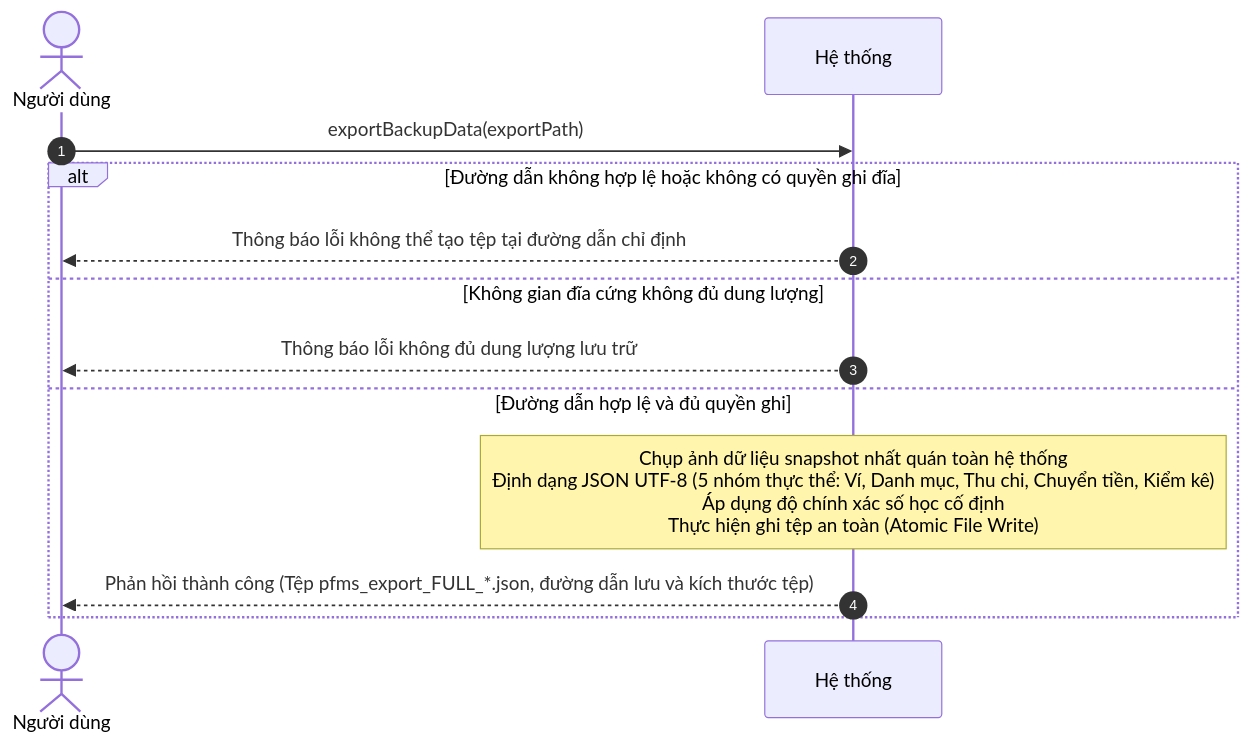
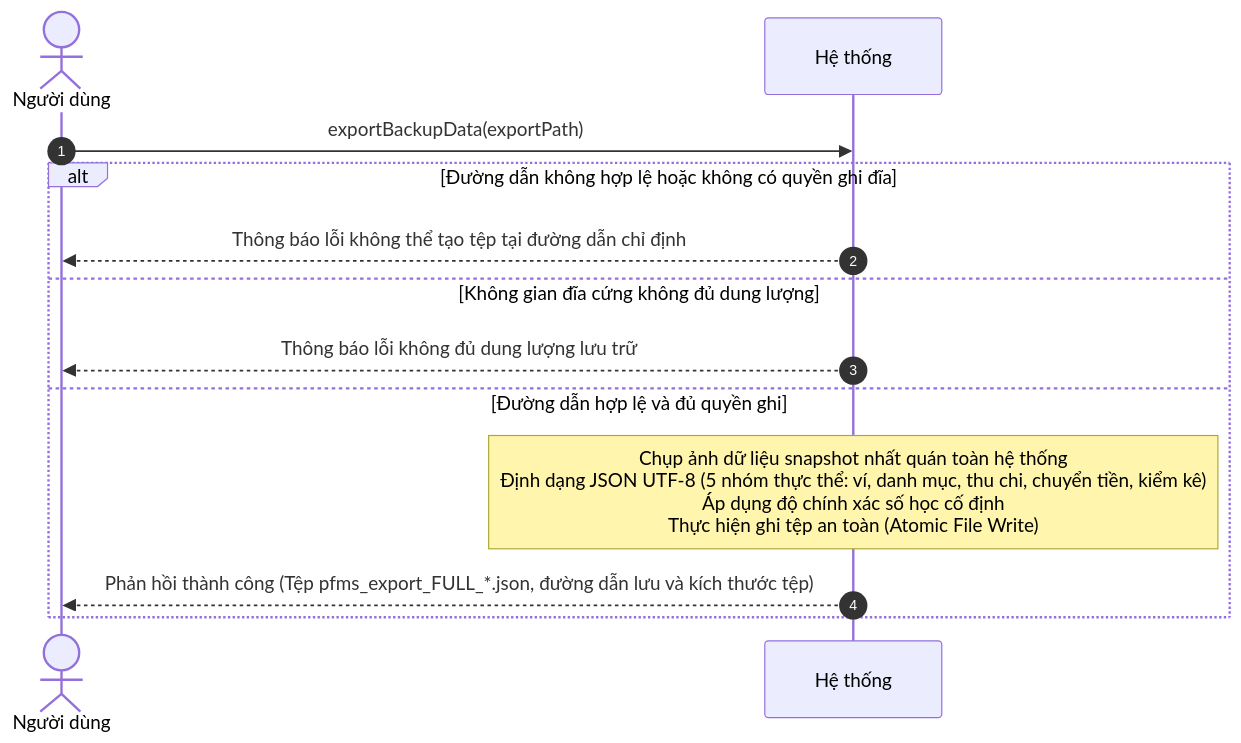
One commit to mynhleeh/pfms-oop changed diagram 18 of 20 in docs/object-oriented-analysis/03-so-do-tuan-tu-he-thong-ssd.md. Above: the diagram before and after it, drawn with Mermaid. The commit also changed other lines of this file and 7 other files, not shown here.

````diff
--- a/docs/object-oriented-analysis/03-so-do-tuan-tu-he-thong-ssd.md
+++ b/docs/object-oriented-analysis/03-so-do-tuan-tu-he-thong-ssd.md
@@ -705,16 +701,16 @@
 ```mermaid
 sequenceDiagram
     autonumber
     actor User as Người dùng
     participant System as Hệ thống
 
     User->>System: exportBackupData(exportPath)
     alt Đường dẫn không hợp lệ hoặc không có quyền ghi đĩa
         System-->>User: Thông báo lỗi không thể tạo tệp tại đường dẫn chỉ định
     else Không gian đĩa cứng không đủ dung lượng
         System-->>User: Thông báo lỗi không đủ dung lượng lưu trữ
     else Đường dẫn hợp lệ và đủ quyền ghi
-        Note over System: Chụp ảnh dữ liệu snapshot nhất quán toàn hệ thống<br/>Định dạng JSON UTF-8 (5 nhóm thực thể: Ví, Danh mục, Thu chi, Chuyển tiền, Kiểm kê)<br/>Áp dụng độ chính xác số học cố định<br/>Thực hiện ghi tệp an toàn (Atomic File Write)
+        Note over System: Chụp ảnh dữ liệu snapshot nhất quán toàn hệ thống<br/>Định dạng JSON UTF-8 (5 nhóm thực thể: ví, danh mục, thu chi, chuyển tiền, kiểm kê)<br/>Áp dụng độ chính xác số học cố định<br/>Thực hiện ghi tệp an toàn (Atomic File Write)
         System-->>User: Phản hồi thành công (Tệp pfms_export_FULL_*.json, đường dẫn lưu và kích thước tệp)
     end
 ```
````
